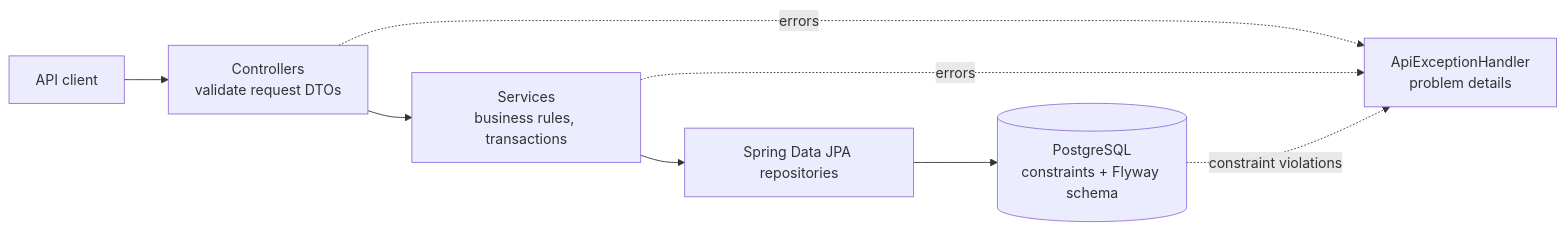
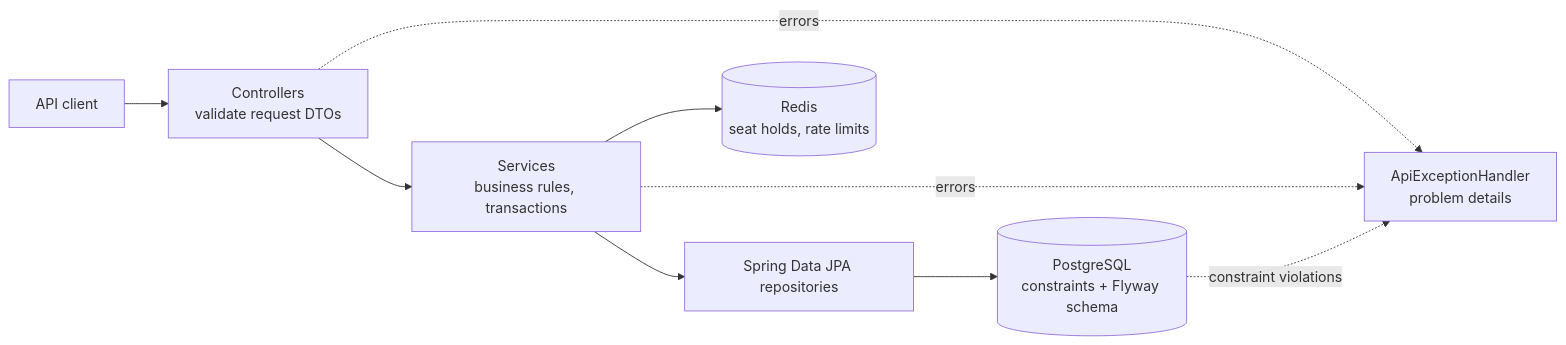
Before and after one commit to antoniosifov/popcorn-palace: the first of 2 diagrams in backend/README.md, drawn with Mermaid. The commit also changed other lines of this file and 1 other file, not shown here.

Commit message:
docs: document checkout, seat holds in Redis and rate limiting

````diff
--- a/backend/README.md
+++ b/backend/README.md
@@ -22,10 +24,11 @@
 ```mermaid
 flowchart LR
     Client["API client"] --> Controller["Controllers<br/>validate request DTOs"]
     Controller --> Service["Services<br/>business rules, transactions"]
     Service --> Repository["Spring Data JPA repositories"]
     Repository --> Database[("PostgreSQL<br/>constraints + Flyway schema")]
+    Service --> Redis[("Redis<br/>seat holds, rate limits")]
     Controller -. errors .-> Handler["ApiExceptionHandler<br/>problem details"]
     Service -. errors .-> Handler
     Database -. constraint violations .-> Handler
 ```
````
